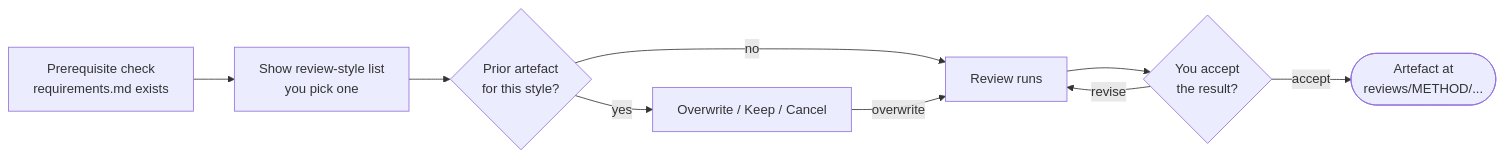
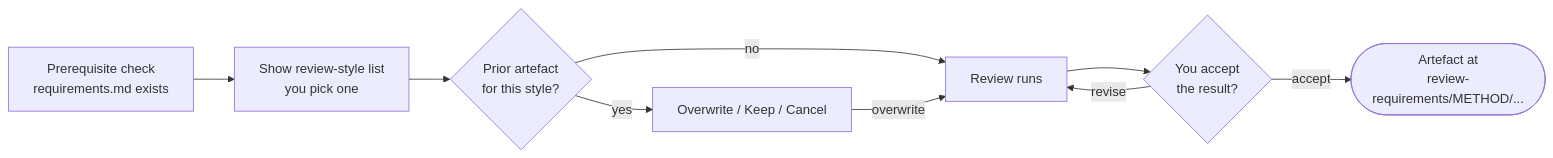
Before and after one commit to rodenacker/requirements-generator: the fourth of 4 diagrams in README.md, drawn with Mermaid. The commit also changed other lines of this file and 124 other files, not shown here.

````diff
--- a/README.md
+++ b/README.md
@@ -194,11 +194,11 @@
 ```mermaid
 flowchart LR
     A[Prerequisite check<br/>requirements.md exists] --> B[Show review-style list<br/>you pick one]
     B --> C{Prior artefact<br/>for this style?}
     C -- yes --> D[Overwrite / Keep / Cancel]
     C -- no --> E[Review runs]
     D -- overwrite --> E
     E --> F{You accept<br/>the result?}
     F -- revise --> E
-    F -- accept --> G([Artefact at<br/>reviews/METHOD/...])
+    F -- accept --> G([Artefact at<br/>review-requirements/METHOD/...])
 ```
````
